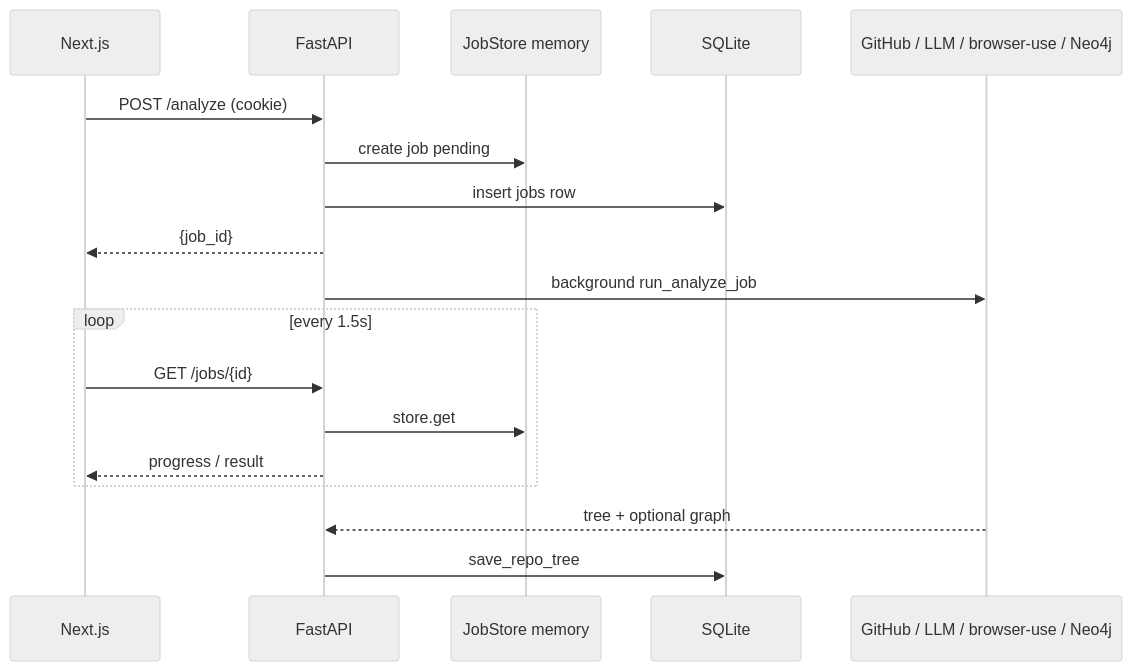
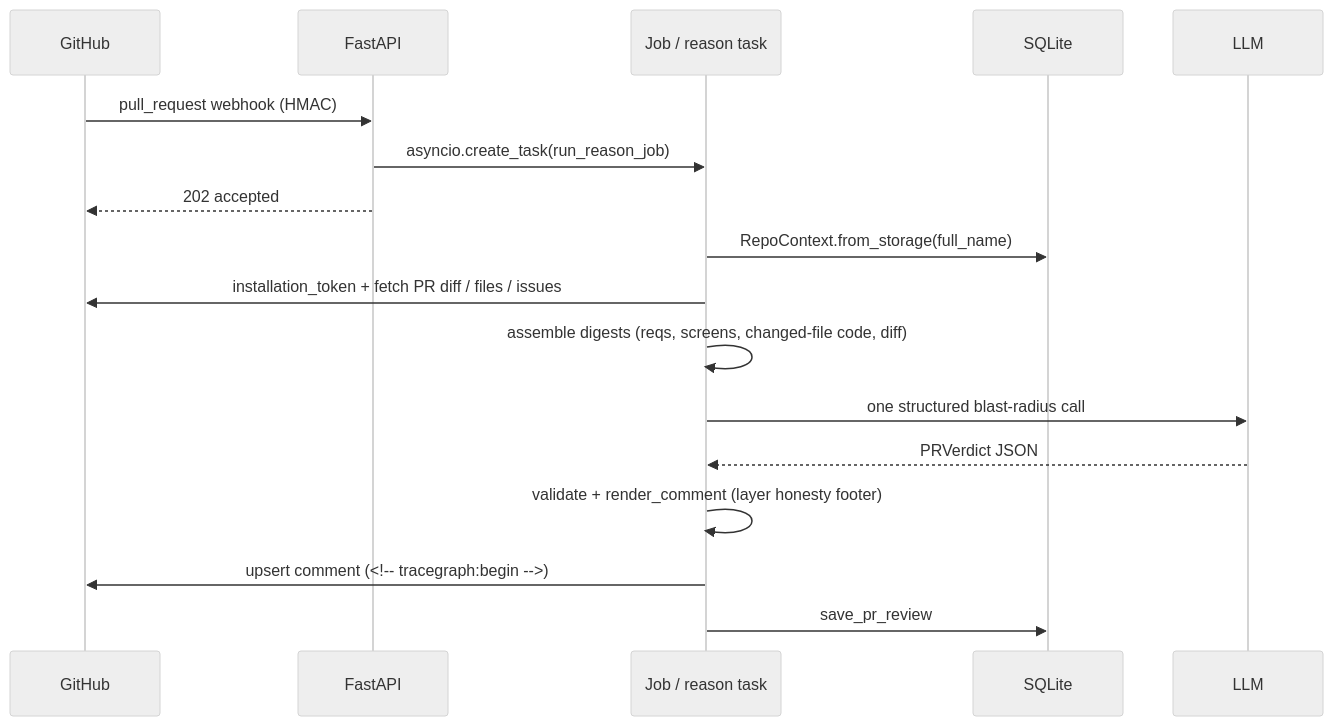
The fourth of 5 diagrams in docs/system_design.md (shashank-poola/tracegraph), drawn with Mermaid (neutral theme) before and after one commit. The commit also changed other lines of this file and 7 other files, not shown here.

````diff
--- a/docs/system_design.md
+++ b/docs/system_design.md
@@ -70,21 +172,20 @@
 ```mermaid
 sequenceDiagram
-  participant FE as Next.js
+  participant GH as GitHub
   participant API as FastAPI
-  participant Mem as JobStore memory
+  participant Mem as Job / reason task
   participant DB as SQLite
-  participant Ext as GitHub / LLM / browser-use / Neo4j
+  participant LLM as LLM
 
-  FE->>API: POST /analyze (cookie)
-  API->>Mem: create job pending
-  API->>DB: insert jobs row
-  API-->>FE: {job_id}
-  API->>Ext: background run_analyze_job
-  loop every 1.5s
-    FE->>API: GET /jobs/{id}
-    API->>Mem: store.get
-    API-->>FE: progress / result
-  end
-  Ext-->>API: tree + optional graph
-  API->>DB: save_repo_tree
+  GH->>API: pull_request webhook (HMAC)
+  API->>Mem: asyncio.create_task(run_reason_job)
+  API-->>GH: 202 accepted
+  Mem->>DB: RepoContext.from_storage(full_name)
+  Mem->>GH: installation_token + fetch PR diff / files / issues
+  Mem->>Mem: assemble digests (reqs, screens, changed-file code, diff)
+  Mem->>LLM: one structured blast-radius call
+  LLM-->>Mem: PRVerdict JSON
+  Mem->>Mem: validate + render_comment (layer honesty footer)
+  Mem->>GH: upsert comment (<!-- tracegraph:begin -->)
+  Mem->>DB: save_pr_review
 ```
````
